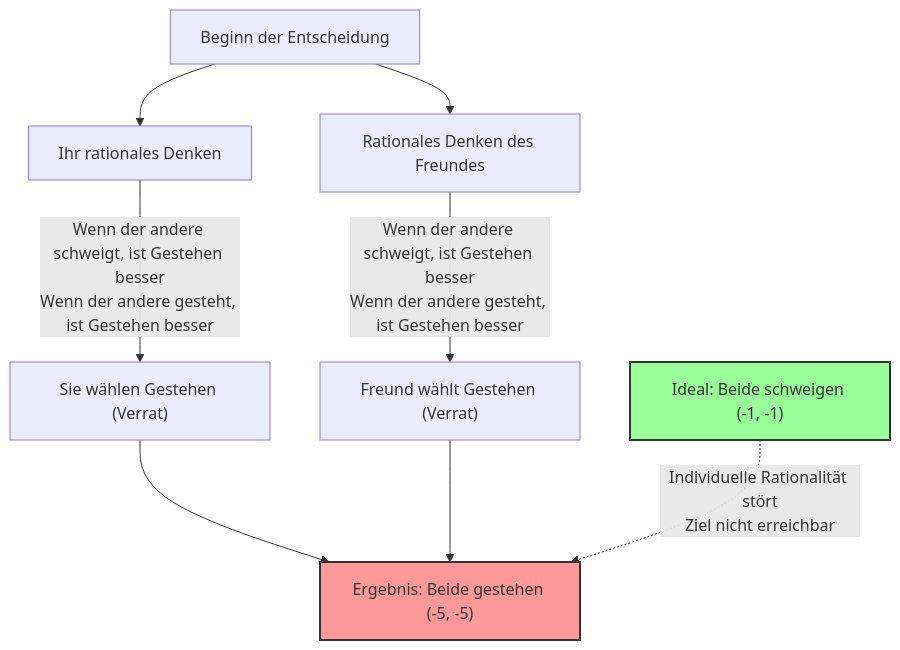
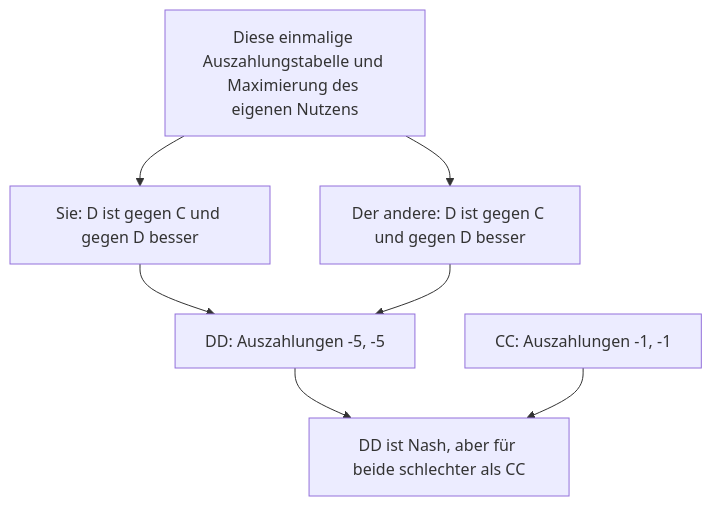
One commit to kenjinote/blog changed the first of 2 diagrams in content/post/囚人のジレンマ/index.de.md. Above: the diagram before and after it, drawn with Mermaid. The commit also changed other lines of this file and 9 other files, not shown here.

````diff
--- a/content/post/囚人のジレンマ/index.de.md
+++ b/content/post/囚人のジレンマ/index.de.md
@@ -72,16 +87,9 @@
 ```mermaid
 graph TD
-    Start["Beginn der Entscheidung"] --> Logic_You["Ihr rationales Denken"]
-    Start --> Logic_Friend["Rationales Denken des Freundes"]
-    
-    Logic_You -->|"Wenn der andere schweigt, ist Gestehen besser<br>Wenn der andere gesteht, ist Gestehen besser"| Betray_You["Sie wählen Gestehen (Verrat)"]
-    Logic_Friend -->|"Wenn der andere schweigt, ist Gestehen besser<br>Wenn der andere gesteht, ist Gestehen besser"| Betray_Friend["Freund wählt Gestehen (Verrat)"]
-    
-    Betray_You --> Result["Ergebnis: Beide gestehen (-5, -5)"]
-    Betray_Friend --> Result
-    
-    Ideal["Ideal: Beide schweigen (-1, -1)"] -.->|"Individuelle Rationalität stört<br>Ziel nicht erreichbar"| Result
-    
-    style Result fill:#ff9999,stroke:#333,stroke-width:2px
-    style Ideal fill:#99ff99,stroke:#333,stroke-width:2px
+    Model["Diese einmalige Auszahlungstabelle und Maximierung des eigenen Nutzens"] --> You["Sie: D ist gegen C und gegen D besser"]
+    Model --> Other["Der andere: D ist gegen C und gegen D besser"]
+    You --> DD["DD: Auszahlungen -5, -5"]
+    Other --> DD
+    DD --> Compare["DD ist Nash, aber für beide schlechter als CC"]
+    CC["CC: Auszahlungen -1, -1"] --> Compare
 ```
````
